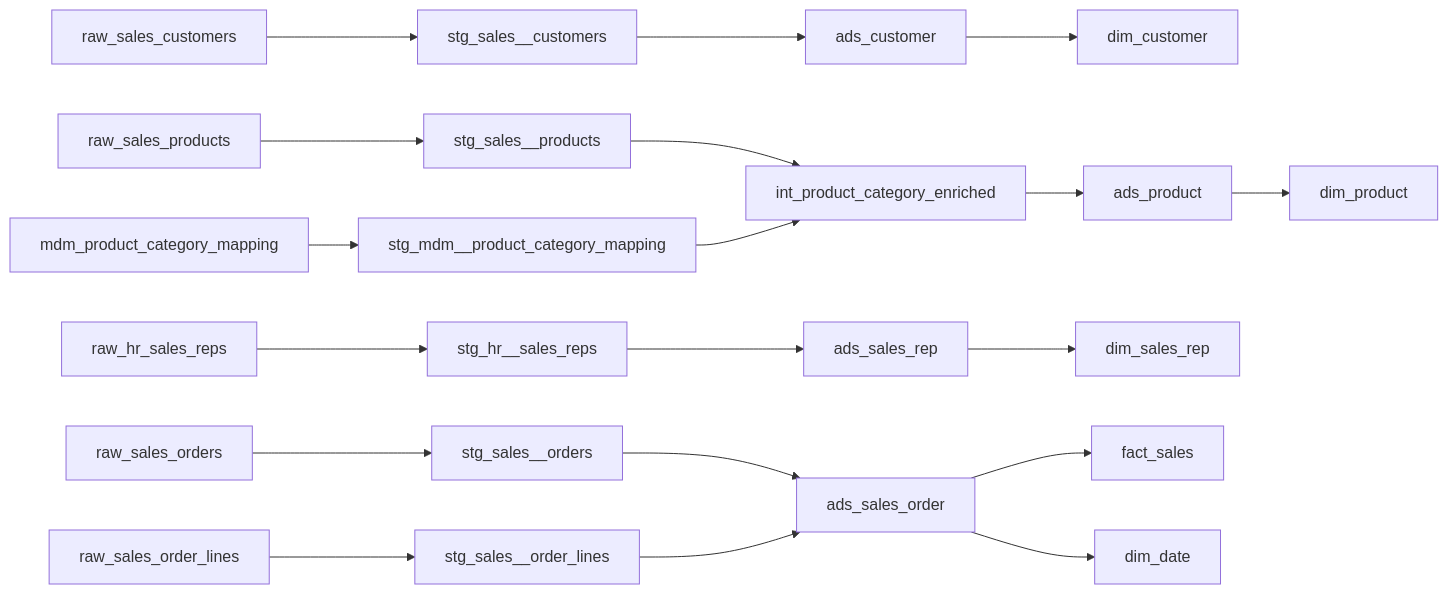
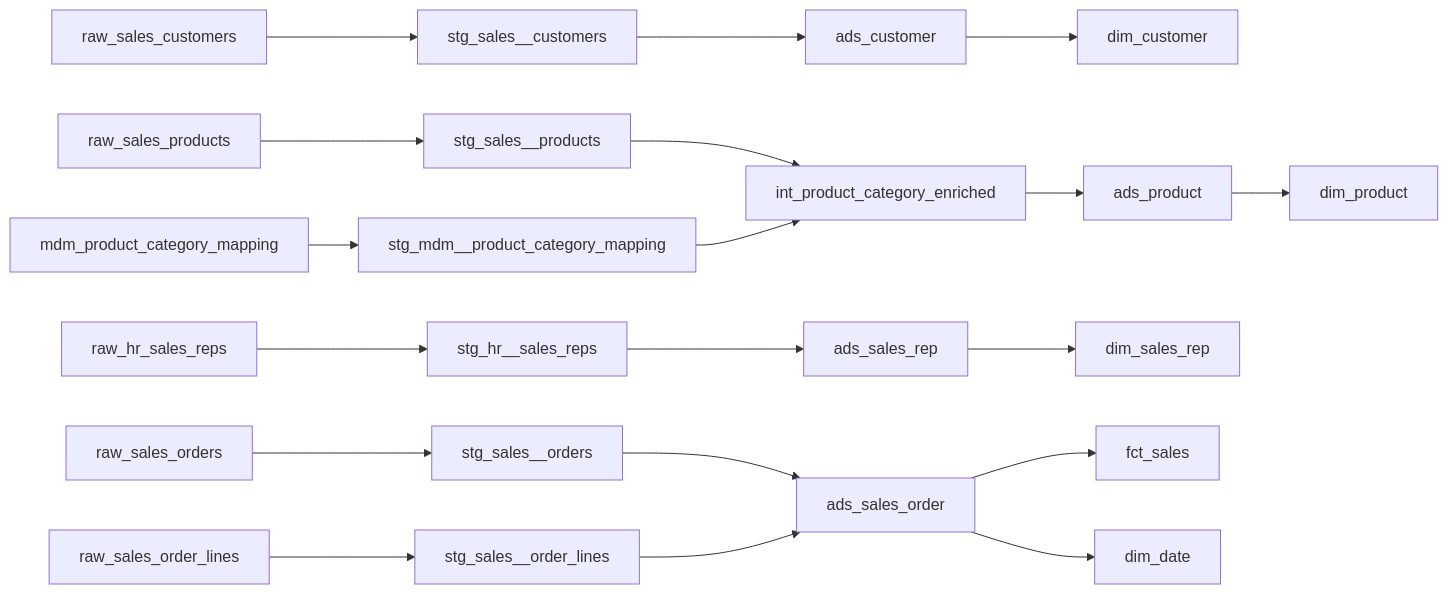
Before and after one commit to PlainsightPro/fabric-dbt-accelerator: the diagram in docs/ARCHITECTURE.md, drawn with Mermaid. The commit also changed 27 other files, not shown here.

````diff
--- a/docs/ARCHITECTURE.md
+++ b/docs/ARCHITECTURE.md
@@ -68,10 +68,10 @@
 ```mermaid
 flowchart LR
     raw_sales_customers --> stg_sales__customers --> ads_customer --> dim_customer
     raw_sales_products --> stg_sales__products --> int_product_category_enriched --> ads_product --> dim_product
     mdm_product_category_mapping --> stg_mdm__product_category_mapping --> int_product_category_enriched
     raw_hr_sales_reps --> stg_hr__sales_reps --> ads_sales_rep --> dim_sales_rep
-    raw_sales_orders --> stg_sales__orders --> ads_sales_order --> fact_sales
+    raw_sales_orders --> stg_sales__orders --> ads_sales_order --> fct_sales
     raw_sales_order_lines --> stg_sales__order_lines --> ads_sales_order
     ads_sales_order --> dim_date
 ```
````
